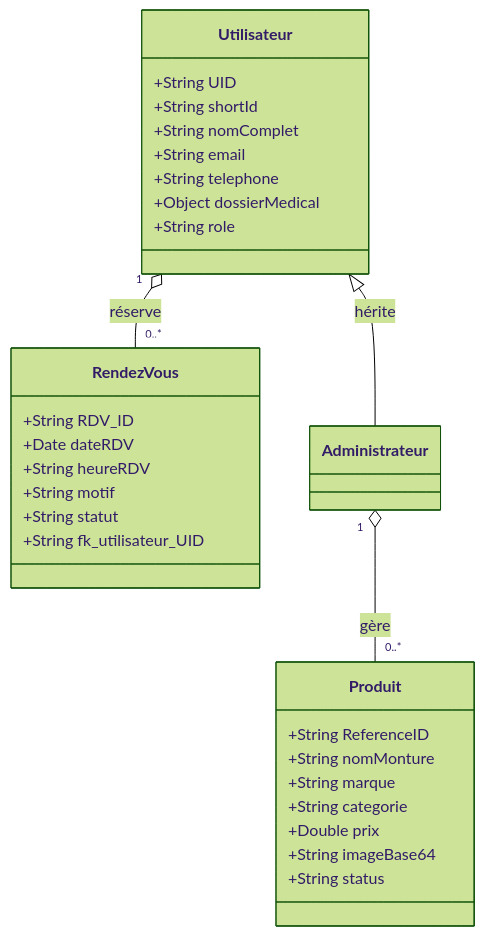
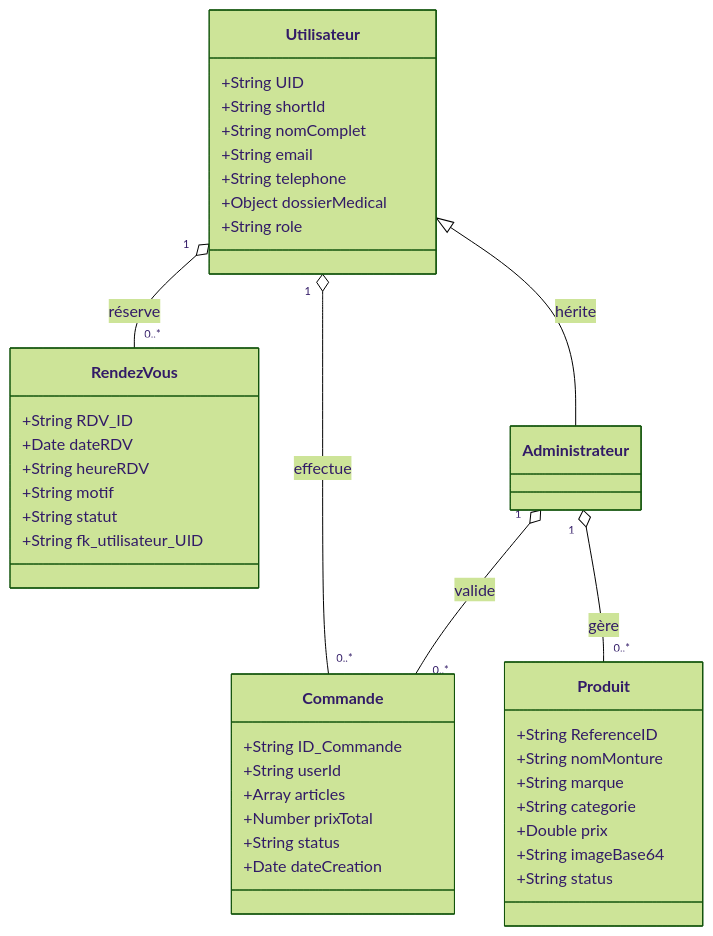
The diagram in Memoire_Barham_Optic_Nouveau_Plan.md (Midousy92/Barham_Optic), drawn with Mermaid (forest theme) before and after one commit. The commit also changed 2 other files, not shown here.

Commit message:
docs: mise à jour des diagrammes UML (cas d'utilisation, séquence, classe) pour intégrer la gestion des commandes

````diff
--- a/Memoire_Barham_Optic_Nouveau_Plan.md
+++ b/Memoire_Barham_Optic_Nouveau_Plan.md
@@ -158,35 +158,46 @@
 ```mermaid
 classDiagram
     class Utilisateur {
         +String UID
         +String shortId
         +String nomComplet
         +String email
         +String telephone
         +Object dossierMedical
         +String role
     }
     
     class Produit {
         +String ReferenceID
         +String nomMonture
         +String marque
         +String categorie
         +Double prix
         +String imageBase64
         +String status
     }
     
     class RendezVous {
         +String RDV_ID
         +Date dateRDV
         +String heureRDV
         +String motif
         +String statut
         +String fk_utilisateur_UID
     }
+    
+    class Commande {
+        +String ID_Commande
+        +String userId
+        +Array articles
+        +Number prixTotal
+        +String status
+        +Date dateCreation
+    }
 
     Utilisateur "1" o--  "0..*" RendezVous : réserve
+    Utilisateur "1" o--  "0..*" Commande : effectue
     Administrateur "1" o-- "0..*" Produit : gère
+    Administrateur "1" o-- "0..*" Commande : valide
     Utilisateur <|-- Administrateur : hérite
 ```
````
